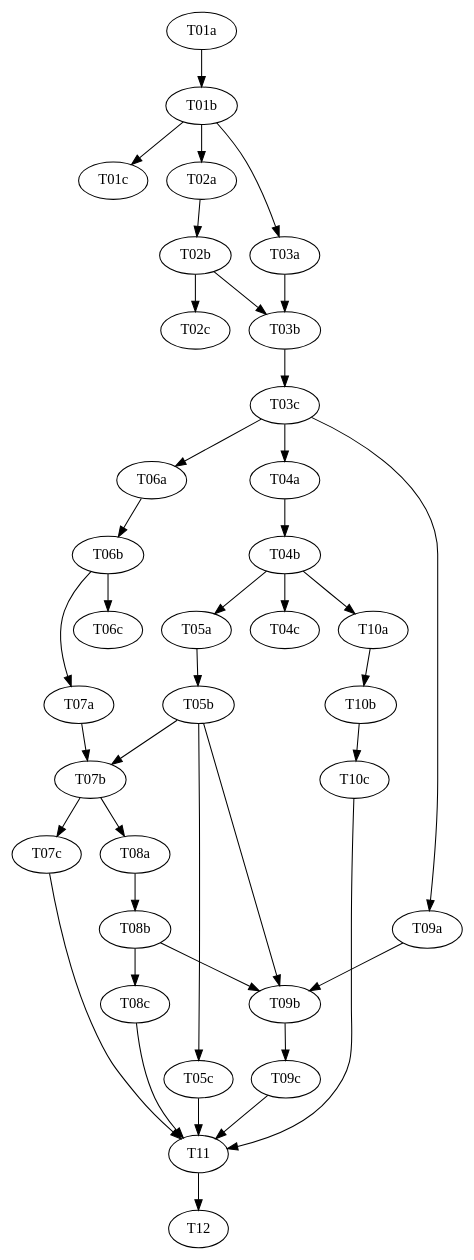
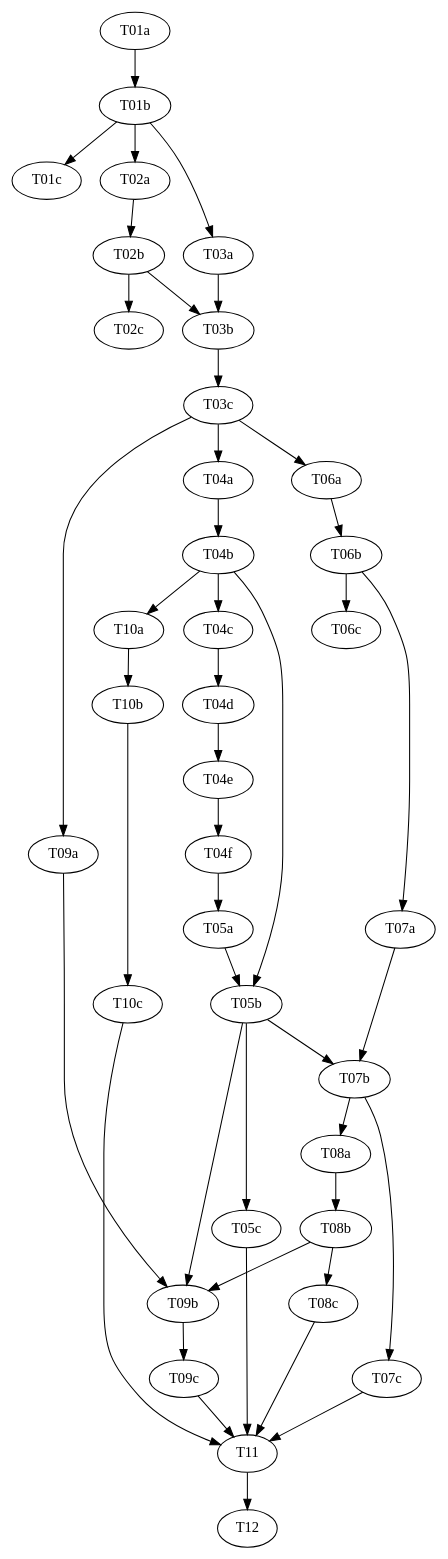
Before and after one commit to VanillaFairy/reasonable: the diagram in docs/superpowers/plans/2026-07-11-reasonable-3.0-p7-frontier/plan.md, drawn with Graphviz. The commit also changed other lines of this file and 9 other files, not shown here.

````diff
--- a/docs/superpowers/plans/2026-07-11-reasonable-3.0-p7-frontier/plan.md
+++ b/docs/superpowers/plans/2026-07-11-reasonable-3.0-p7-frontier/plan.md
@@ -153,17 +186,18 @@
 ```dot
 digraph deps {
   T01a -> T01b -> T01c;
   T01b -> T02a -> T02b -> T02c;
   T01b -> T03a -> T03b -> T03c;
   T02b -> T03b;
   T03c -> T04a -> T04b -> T04c;
-  T04b -> T05a -> T05b -> T05c;
+  T04c -> T04d -> T04e -> T04f;
+  T04f -> T05a -> T05b -> T05c; T04b -> T05b;
   T03c -> T06a -> T06b -> T06c;
   T06b -> T07a -> T07b -> T07c; T05b -> T07b;
   T07b -> T08a -> T08b -> T08c;
   T03c -> T09a -> T09b -> T09c; T05b -> T09b; T08b -> T09b;
   T04b -> T10a -> T10b -> T10c;
   T05c -> T11; T07c -> T11; T08c -> T11; T09c -> T11; T10c -> T11;
   T11 -> T12;
 }
 ```
````
